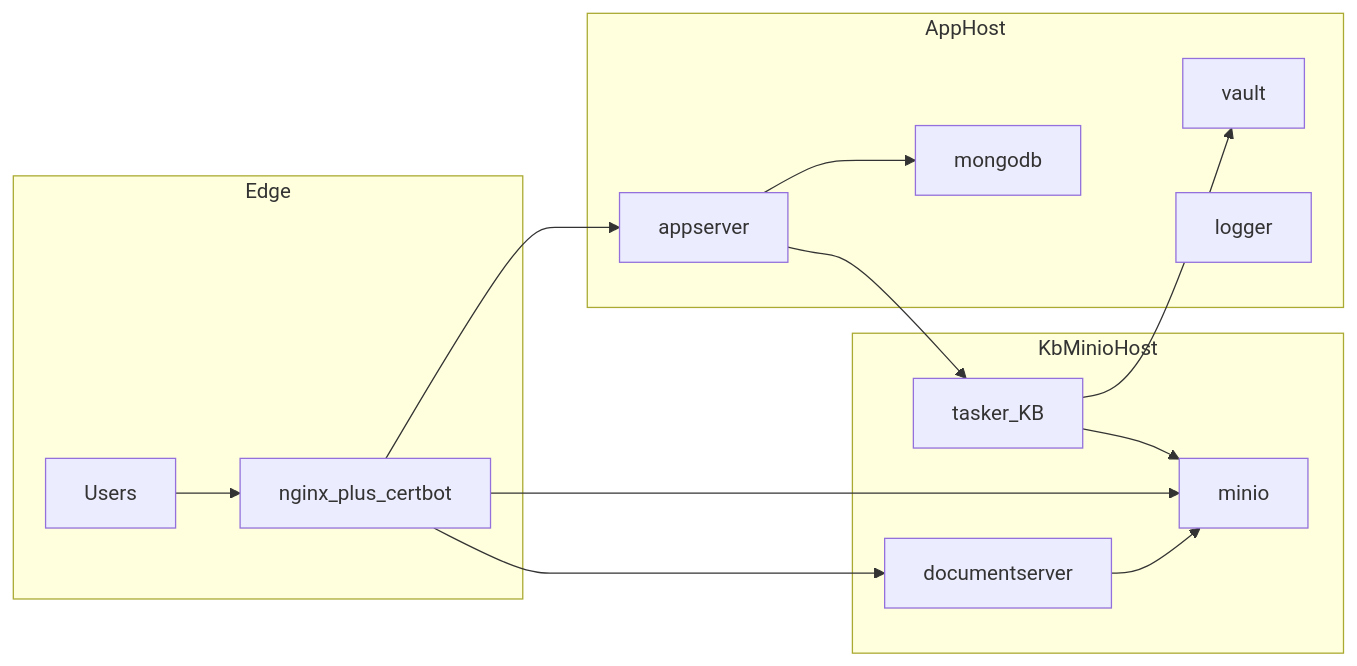
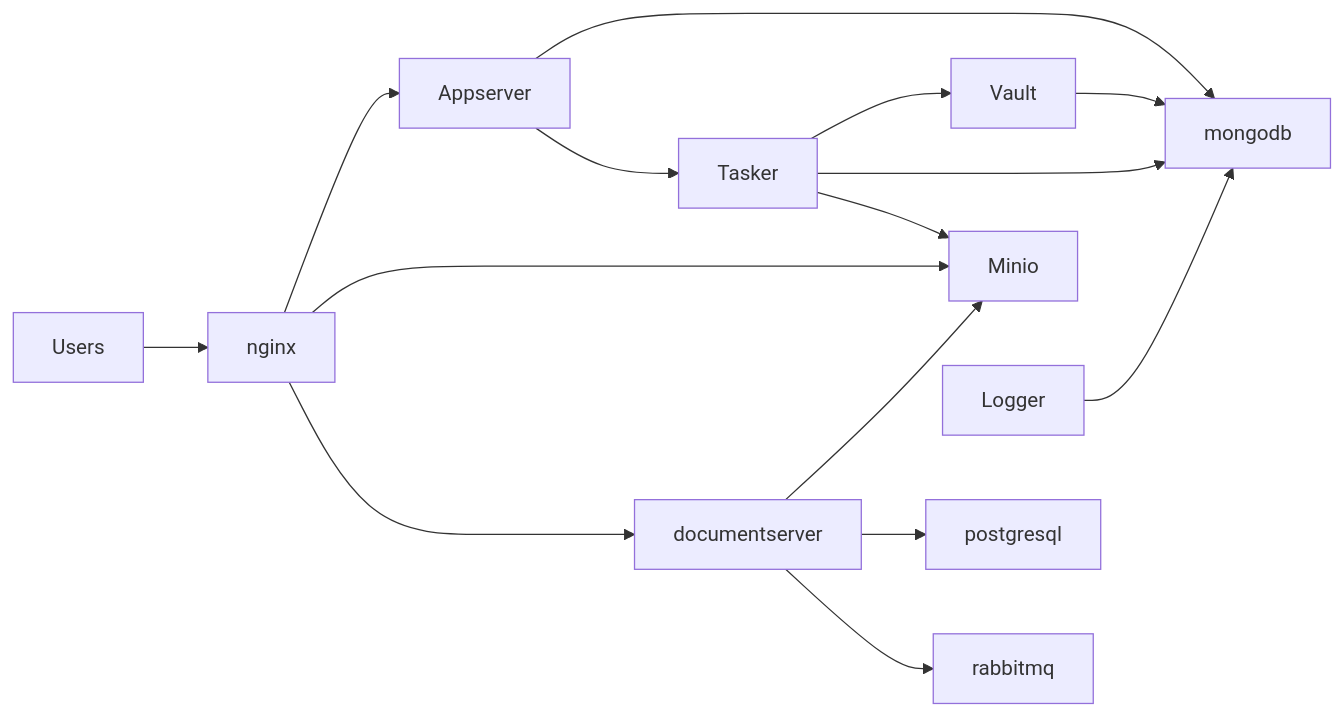
The diagram in README.md (unicommorg/unicchat.enterprise), drawn with Mermaid before and after one commit. The commit also changed other lines of this file and 4 other files, not shown here.

````diff
--- a/README.md
+++ b/README.md
@@ -131,27 +129,17 @@
 ```mermaid
 flowchart LR
-  subgraph edge [Edge]
-    Users[Users]
-    Nginx[nginx_plus_certbot]
-  end
-  subgraph app [AppHost]
-    Appserver[appserver]
-    Mongo[mongodb]
-    Vault[vault]
-    Logger[logger]
-  end
-  subgraph kb [KbMinioHost]
-    Tasker[tasker_KB]
-    Minio[minio]
-    Docs[documentserver]
-  end
-  Users --> Nginx
+  Users[Users] --> Nginx[nginx]
   Nginx --> Appserver
   Nginx --> Minio
-  Nginx --> Docs
-  Appserver --> Mongo
+  Nginx --> Docs[documentserver]
+  Appserver --> Mongo[mongodb]
   Appserver --> Tasker
   Tasker --> Vault
+  Tasker --> Mongo
   Tasker --> Minio
   Docs --> Minio
+  Docs --> Pg[postgresql]
+  Docs --> Rabbit[rabbitmq]
+  Vault --> Mongo
+  Logger --> Mongo
 ```
````
